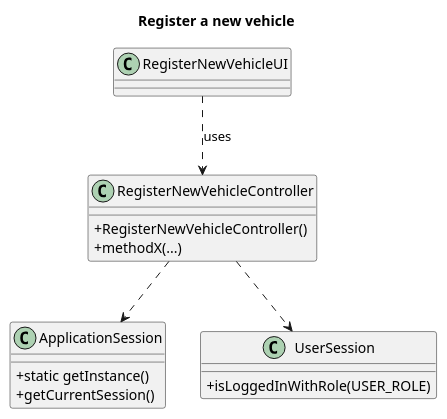
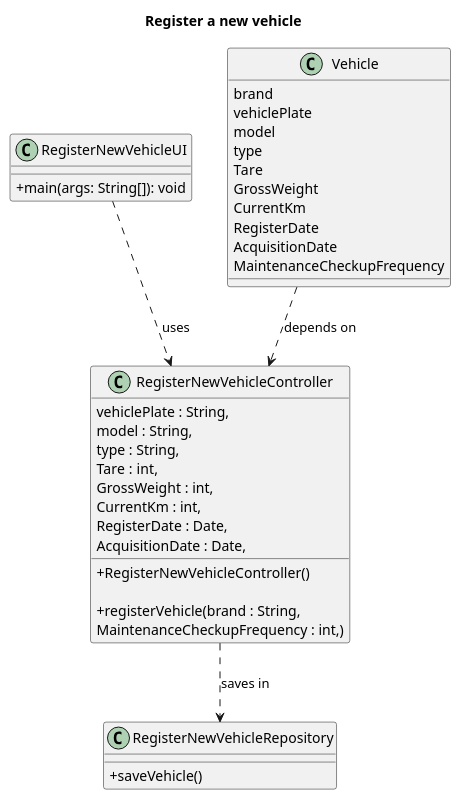
Before and after one commit to Departamento-de-Engenharia-Informatica/lei-24-s2-1dm-g132: the diagram in docs/sprintB/us006/03.design/puml/us006-class-diagram.puml, drawn with PlantUML. The commit also changed 1 other file, not shown here.

Commit message:
Changes in the us 002 and us 006 class diagram

```diff
--- a/docs/sprintB/us006/03.design/puml/us006-class-diagram.puml
+++ b/docs/sprintB/us006/03.design/puml/us006-class-diagram.puml
@@ -1,29 +1,46 @@
 @startuml
 title Register a new vehicle
 
 skinparam classAttributeIconSize 0
 
-class ApplicationSession
-{
-  +static getInstance()
-  +getCurrentSession()
+
+class RegisterNewVehicleController {
+    + RegisterNewVehicleController()
+
+    + registerVehicle(brand : String,
+                           vehiclePlate : String,
+                           model : String,
+                           type : String,
+                           Tare : int,
+                           GrossWeight : int,
+                           CurrentKm : int,
+                           RegisterDate : Date,
+                           AcquisitionDate : Date,
+                           MaintenanceCheckupFrequency : int,)
+     }
+
+class RegisterNewVehicleUI {
+    +main(args: String[]): void
 }
 
-class UserSession
-{
-  +isLoggedInWithRole(USER_ROLE)
+class RegisterNewVehicleRepository{
+    + saveVehicle()
 }
 
-class "RegisterNewVehicleController" {
-    + RegisterNewVehicleController()
-    + methodX(...)
+class Vehicle {
+    brand
+    vehiclePlate
+    model
+    type
+    Tare
+    GrossWeight
+    CurrentKm
+    RegisterDate
+    AcquisitionDate
+    MaintenanceCheckupFrequency
 }
 
-class "RegisterNewVehicleUI" {
-}
-
-"RegisterNewVehicleUI" ..> "RegisterNewVehicleController" : «uses»
-"RegisterNewVehicleController" ..> ApplicationSession
-"RegisterNewVehicleController" ..> UserSession
-
+RegisterNewVehicleUI ..> RegisterNewVehicleController : «uses»
+RegisterNewVehicleController ..> RegisterNewVehicleRepository : «saves in»
+Vehicle ..> RegisterNewVehicleController : «depends on»
 @enduml
```
